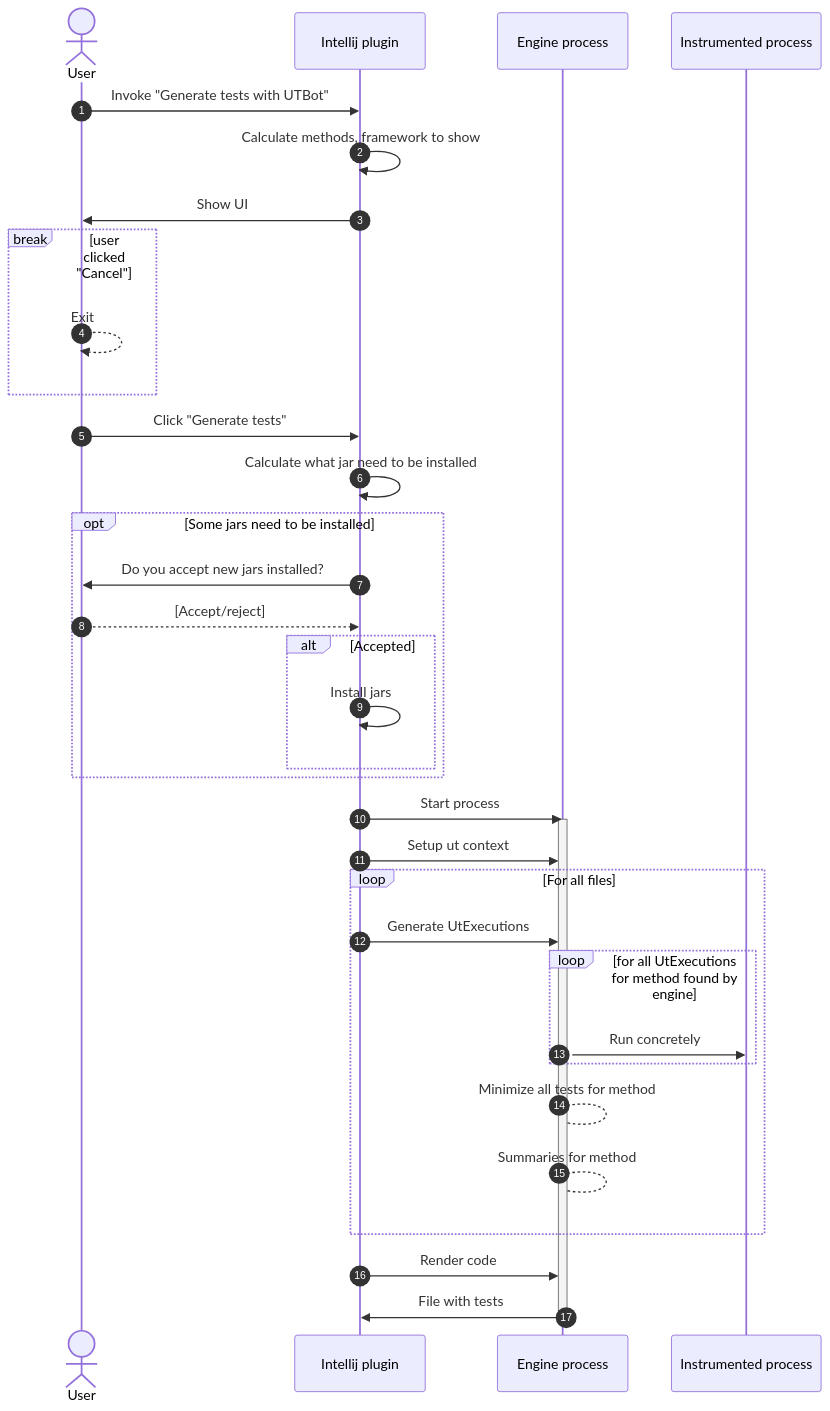
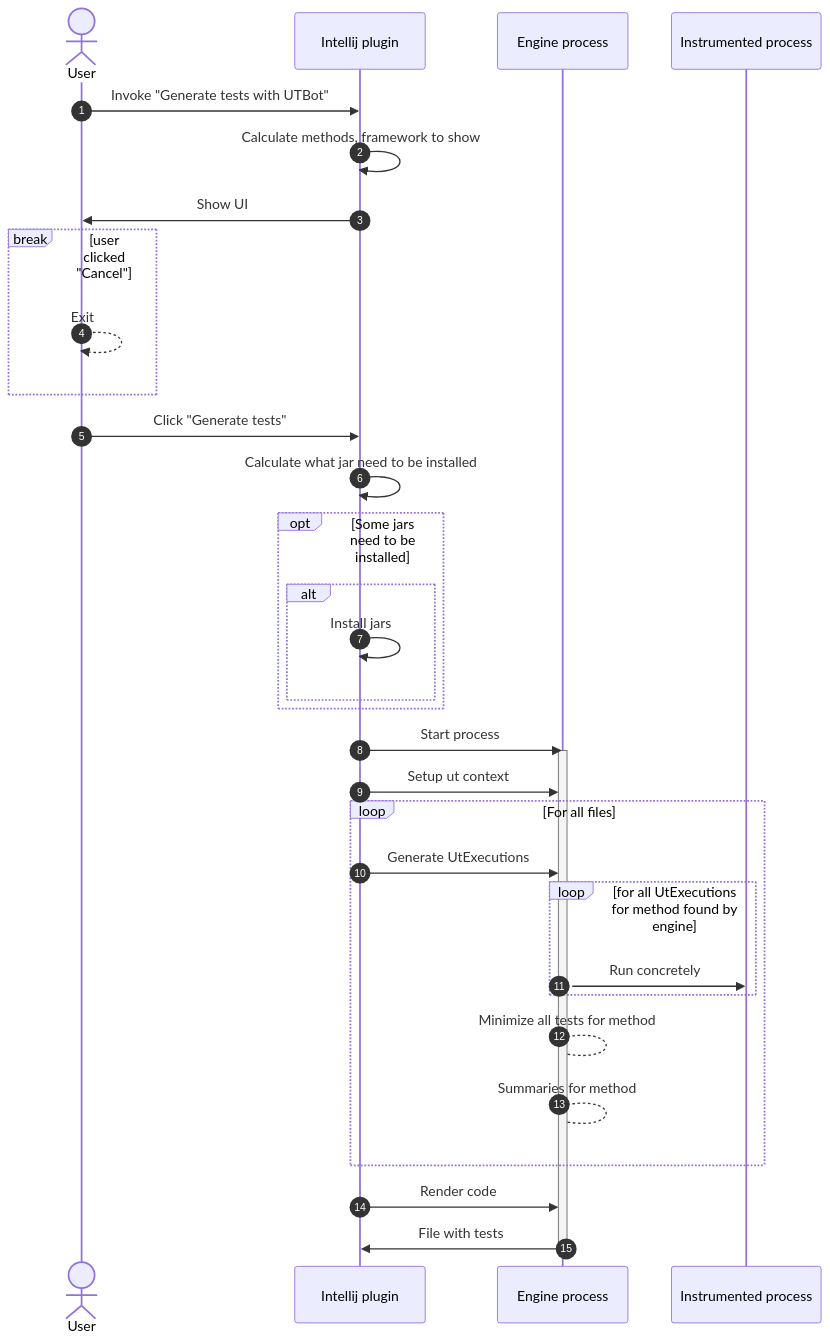
One commit to UnitTestBot/UTBotJava changed the second of 2 diagrams in docs/OverallArchitecture.md. Above: the diagram before and after it, drawn with Mermaid.

Commit message:
OverallArchitecture install jars correction

````diff
--- a/docs/OverallArchitecture.md
+++ b/docs/OverallArchitecture.md
@@ -68,45 +68,42 @@
 ```mermaid
 sequenceDiagram
     autonumber
     actor user as User
     participant ij as Intellij plugin
     participant engine as Engine process
     participant concrete as Instrumented process
     
     user ->> ij: Invoke "Generate tests with UTBot"
     ij ->> ij: Calculate methods, framework to show
     ij ->> user: Show UI
 
     break user clicked "Cancel"
         user -->> user: Exit
     end
     user ->> ij: Click "Generate tests"
     ij ->> ij: Calculate what jar need to be installed
         
     opt Some jars need to be installed  
-        ij ->> user: Do you accept new jars installed?
-        user -->> ij: [Accept/reject]
-        
-        alt Accepted
+        alt
             ij ->> ij: Install jars
         end
     end
 
     ij ->> engine: Start process
     activate engine
     ij ->> engine: Setup ut context
     
     loop For all files
         ij ->> engine: Generate UtExecutions
         loop for all UtExecutions for method found by engine
             engine ->> concrete: Run concretely            
         end
         engine --> engine: Minimize all tests for method
         engine --> engine: Summaries for method
     end
     ij ->> engine: Render code
     engine ->> ij: File with tests
     deactivate engine
 
     
 ```
````
